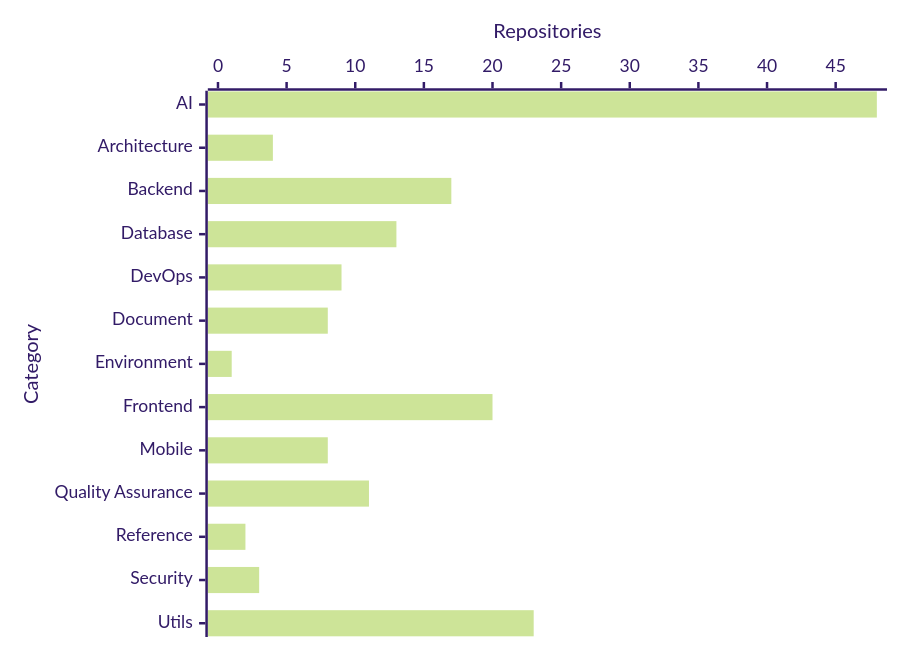
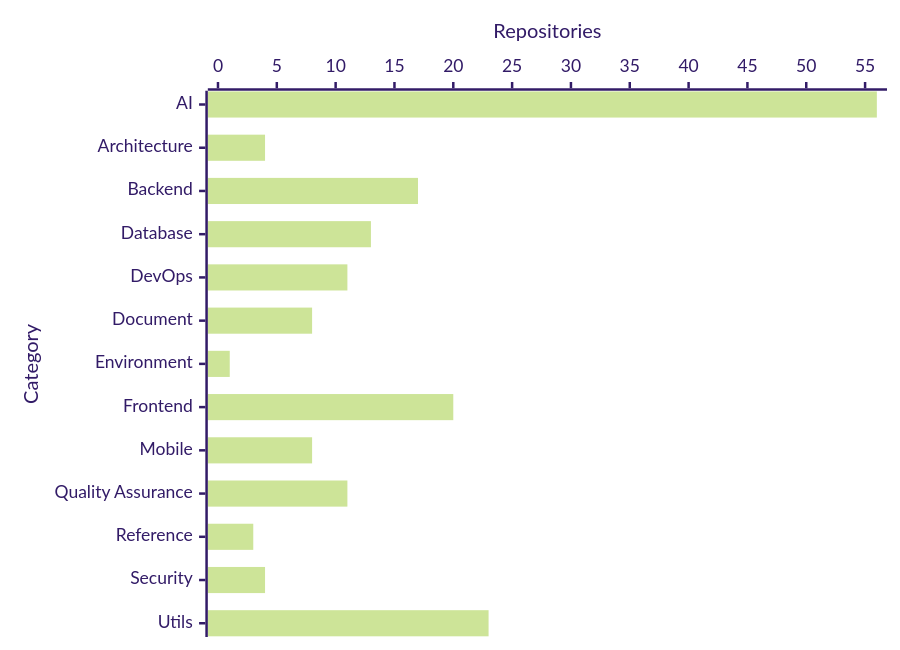
Before and after one commit to prawee/resource: the diagram in README.md, drawn with Mermaid (forest theme). The commit also changed other lines of this file, not shown here.

````diff
--- a/README.md
+++ b/README.md
@@ -11,6 +11,6 @@
 ```mermaid
 xychart-beta horizontal
     x-axis "Category" ["AI", "Architecture", "Backend", "Database", "DevOps", "Document", "Environment", "Frontend", "Mobile", "Quality Assurance", "Reference", "Security", "Utils"]
-    y-axis "Repositories" 0 --> 48
-    bar [48, 4, 17, 13, 9, 8, 1, 20, 8, 11, 2, 3, 23]
+    y-axis "Repositories" 0 --> 56
+    bar [56, 4, 17, 13, 11, 8, 1, 20, 8, 11, 3, 4, 23]
 ```
````
